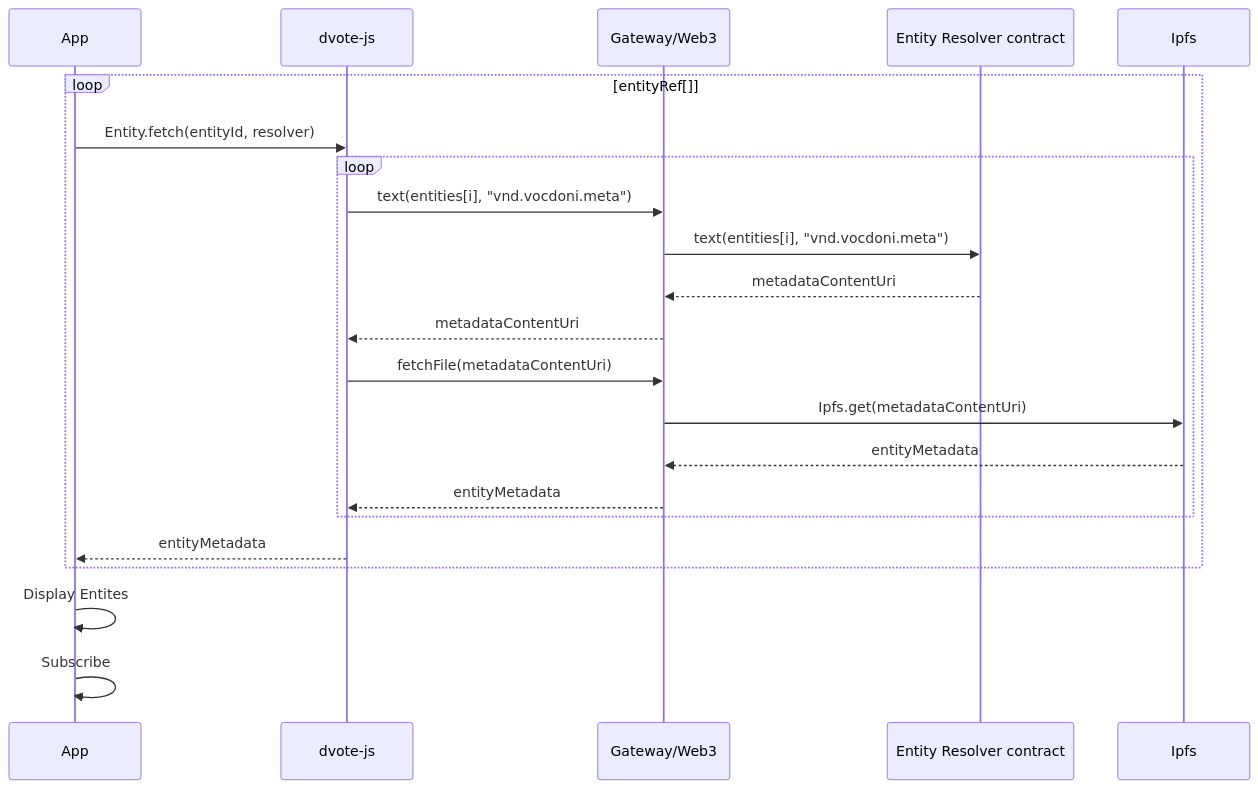
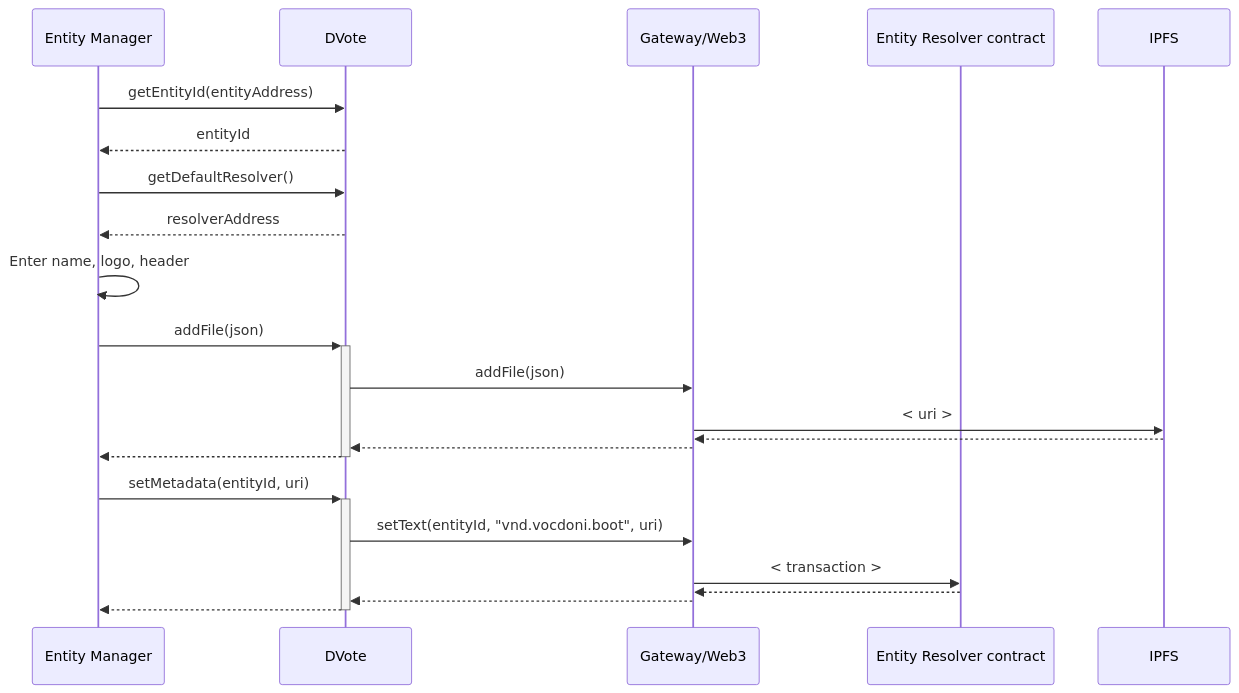
The second of 12 diagrams in docs/architecture/sequence-diagrams.md (vocdoni/docs), drawn with Mermaid before and after one commit. The commit also changed other lines of this file and 2 other files, not shown here.

Commit message:
Sequence diagrams work in progress

````diff
--- a/docs/architecture/sequence-diagrams.md
+++ b/docs/architecture/sequence-diagrams.md
@@ -125,27 +70,32 @@
 ```mermaid
 
 sequenceDiagram
-    participant App
-    participant DV as dvote-js
+    participant EM as Entity Manager
+    participant DV as DVote
     participant GW as Gateway/Web3
     participant ER as Entity Resolver contract
-    participant IPFS as Ipfs
+    participant IPFS
 
-    loop entityRef[]
-        App->>DV: Entity.fetch(entityId, resolver)
-        loop
-            DV->>GW: text(entities[i], "vnd.vocdoni.meta")
-                GW->>ER: text(entities[i], "vnd.vocdoni.meta")
-                ER-->>GW: metadataContentUri
-            GW-->>DV: metadataContentUri
-            DV->>GW: fetchFile(metadataContentUri)
-                GW->>IPFS: Ipfs.get(metadataContentUri)
-                IPFS-->>GW: entityMetadata
-            GW-->>DV: entityMetadata
-        end
-        DV-->>App: entityMetadata
-    end
+    EM->>DV: getEntityId(entityAddress)
+    DV-->>EM: entityId
 
-    App->>App: Display Entites
-    App->>App: Subscribe
+    EM->>DV: getDefaultResolver()
+    DV-->>EM: resolverAddress
+
+    EM->>EM: Enter name, logo, header
+    
+    EM->>+DV: addFile(json)
+        DV->>GW: addFile(json)
+            GW->>IPFS: #60; uri #62;
+            IPFS-->>GW: 
+        GW-->>DV: 
+    DV-->>-EM: 
+
+
+    EM->>+DV: setMetadata(entityId, uri)
+        DV->>GW: setText(entityId, "vnd.vocdoni.boot", uri)
+            GW->>ER: #60; transaction #62;
+            ER-->>GW: 
+        GW-->>DV: 
+    DV-->>-EM: 
 ```
````
